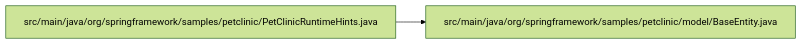
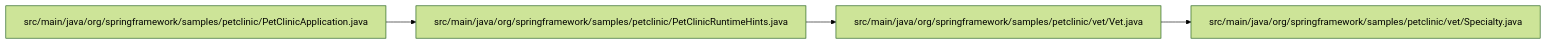
Before and after one commit to mohdzain98/gnost: the second of 3 diagrams in docs/gallery/spring-petclinic/flow/entry-paths.md, drawn with Mermaid (forest theme). The commit also changed other lines of this file and 38 other files, not shown here.

````diff
--- a/docs/gallery/spring-petclinic/flow/entry-paths.md
+++ b/docs/gallery/spring-petclinic/flow/entry-paths.md
@@ -20,6 +22,10 @@
 ```mermaid
 flowchart LR
+  src_main_java_org_springframework_samples_petclinic_PetClinicApplication_java["src/main/java/org/springframework/samples/petclinic/PetClinicApplication.java"]
   src_main_java_org_springframework_samples_petclinic_PetClinicRuntimeHints_java["src/main/java/org/springframework/samples/petclinic/PetClinicRuntimeHints.java"]
-  src_main_java_org_springframework_samples_petclinic_model_BaseEntity_java["src/main/java/org/springframework/samples/petclinic/model/BaseEntity.java"]
-  src_main_java_org_springframework_samples_petclinic_PetClinicRuntimeHints_java --> src_main_java_org_springframework_samples_petclinic_model_BaseEntity_java
+  src_main_java_org_springframework_samples_petclinic_vet_Specialty_java["src/main/java/org/springframework/samples/petclinic/vet/Specialty.java"]
+  src_main_java_org_springframework_samples_petclinic_vet_Vet_java["src/main/java/org/springframework/samples/petclinic/vet/Vet.java"]
+  src_main_java_org_springframework_samples_petclinic_PetClinicApplication_java --> src_main_java_org_springframework_samples_petclinic_PetClinicRuntimeHints_java
+  src_main_java_org_springframework_samples_petclinic_PetClinicRuntimeHints_java --> src_main_java_org_springframework_samples_petclinic_vet_Vet_java
+  src_main_java_org_springframework_samples_petclinic_vet_Vet_java --> src_main_java_org_springframework_samples_petclinic_vet_Specialty_java
 ```
````
